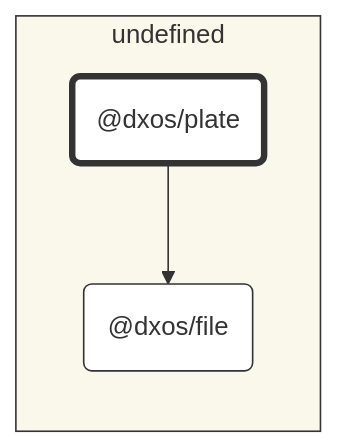
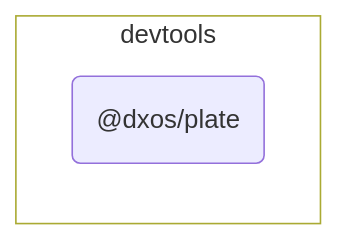
One commit to dxos/dxos changed the diagram in packages/devtools/plate/docs/README.md. Above: the diagram before and after it, drawn with Mermaid. The commit also changed other lines of this file and 126 other files, not shown here.

````diff
--- a/packages/devtools/plate/docs/README.md
+++ b/packages/devtools/plate/docs/README.md
@@ -7,23 +7,17 @@
 ```mermaid
 %%{ init: {'flowchart':{'curve':'basis'}} }%%
 
 flowchart LR
 
 %% Classes
-classDef def fill:#fff,stroke:#333,stroke-width:1px
-classDef root fill:#fff,stroke:#333,stroke-width:4px
+
+
 
 %% Nodes
 
-subgraph undefined [undefined]
-  style undefined fill:#faf7eb,stroke:#333
+subgraph devtools [devtools]
+  style devtools fill:transparent
   dxos/plate("@dxos/plate"):::root
-  click dxos/plate "dxos/dxos/tree/main/tools/plate/docs"
-  dxos/file("@dxos/file"):::def
-  click dxos/file "dxos/dxos/tree/main/tools/file/docs"
+  click dxos/plate "dxos/dxos/tree/main/packages/devtools/plate/docs"
 end
-
-%% Links
-linkStyle default stroke:#333,stroke-width:1px
-dxos/plate --> dxos/file
 ```
````
